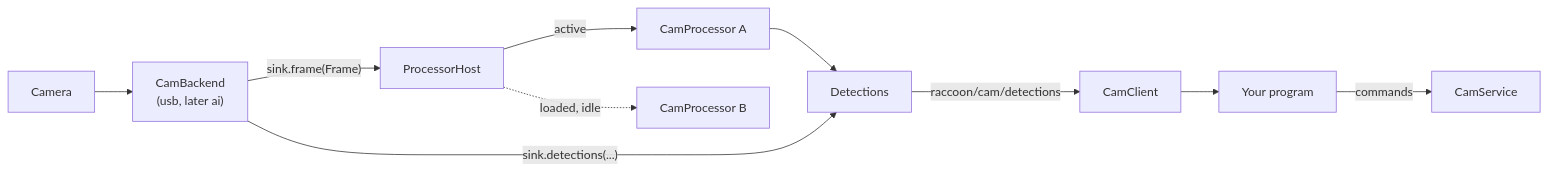
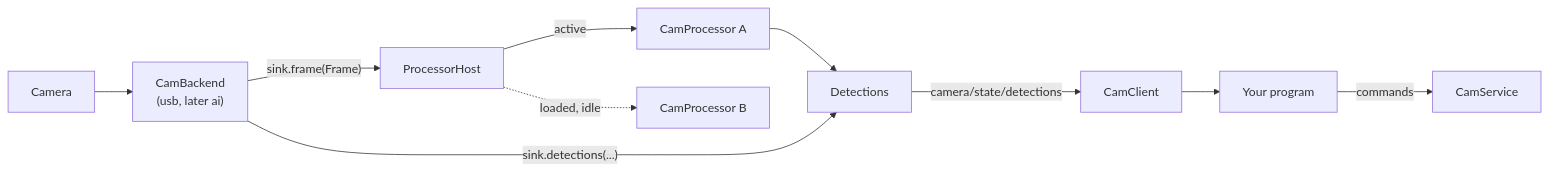
The diagram in content/01-programming-guide/06-camera/02-concept.md (htl-stp-ecer/documentation), drawn with Mermaid before and after one commit. The commit also changed other lines of this file and 18 other files, not shown here.

````diff
--- a/content/01-programming-guide/06-camera/02-concept.md
+++ b/content/01-programming-guide/06-camera/02-concept.md
@@ -22,12 +22,12 @@
 ```mermaid
 graph LR
     CAM["Camera"] --> BE["CamBackend\n(usb, later ai)"]
     BE -- "sink.frame(Frame)" --> HOST["ProcessorHost"]
     HOST -- "active" --> P1["CamProcessor A"]
     HOST -. "loaded, idle" .-> P2["CamProcessor B"]
     P1 --> OUT["Detections"]
     BE -- "sink.detections(...)" --> OUT
-    OUT -- "raccoon/cam/detections" --> CLIENT["CamClient"]
+    OUT -- "camera/state/detections" --> CLIENT["CamClient"]
     CLIENT --> PROG["Your program"]
     PROG -- "commands" --> SVC["CamService"]
 ```
````
